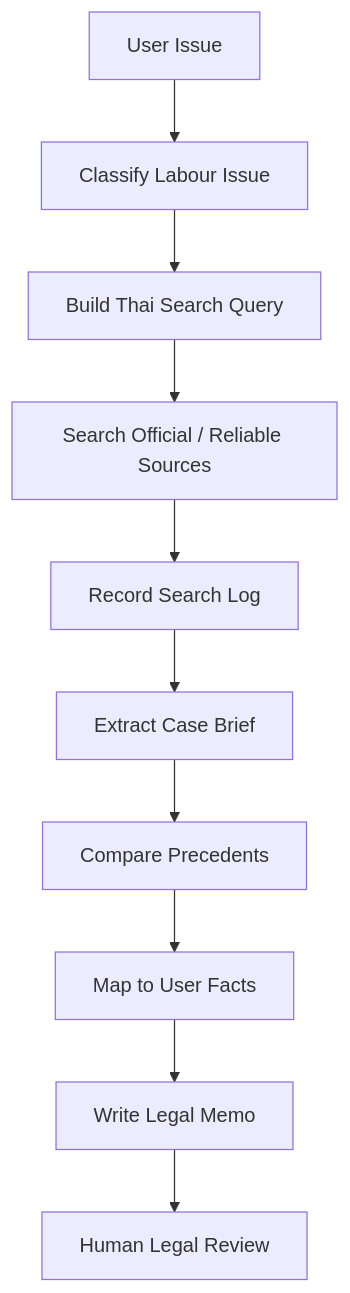
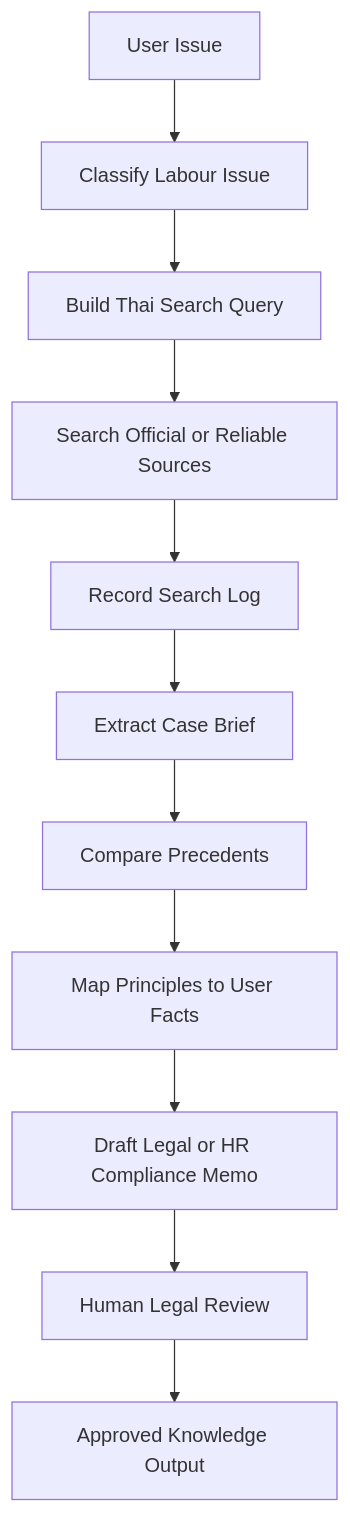
The diagram in README.md (PhuminDecOKnoi/GitHub-style-Skill-Library-Agent-), drawn with Mermaid before and after one commit. The commit also changed other lines of this file and 13 other files, not shown here.

````diff
--- a/README.md
+++ b/README.md
@@ -25,12 +52,13 @@
 ```mermaid
 flowchart TD
     A[User Issue] --> B[Classify Labour Issue]
     B --> C[Build Thai Search Query]
-    C --> D[Search Official / Reliable Sources]
+    C --> D[Search Official or Reliable Sources]
     D --> E[Record Search Log]
     E --> F[Extract Case Brief]
     F --> G[Compare Precedents]
-    G --> H[Map to User Facts]
-    H --> I[Write Legal Memo]
+    G --> H[Map Principles to User Facts]
+    H --> I[Draft Legal or HR Compliance Memo]
     I --> J[Human Legal Review]
+    J --> K[Approved Knowledge Output]
 ```
````
